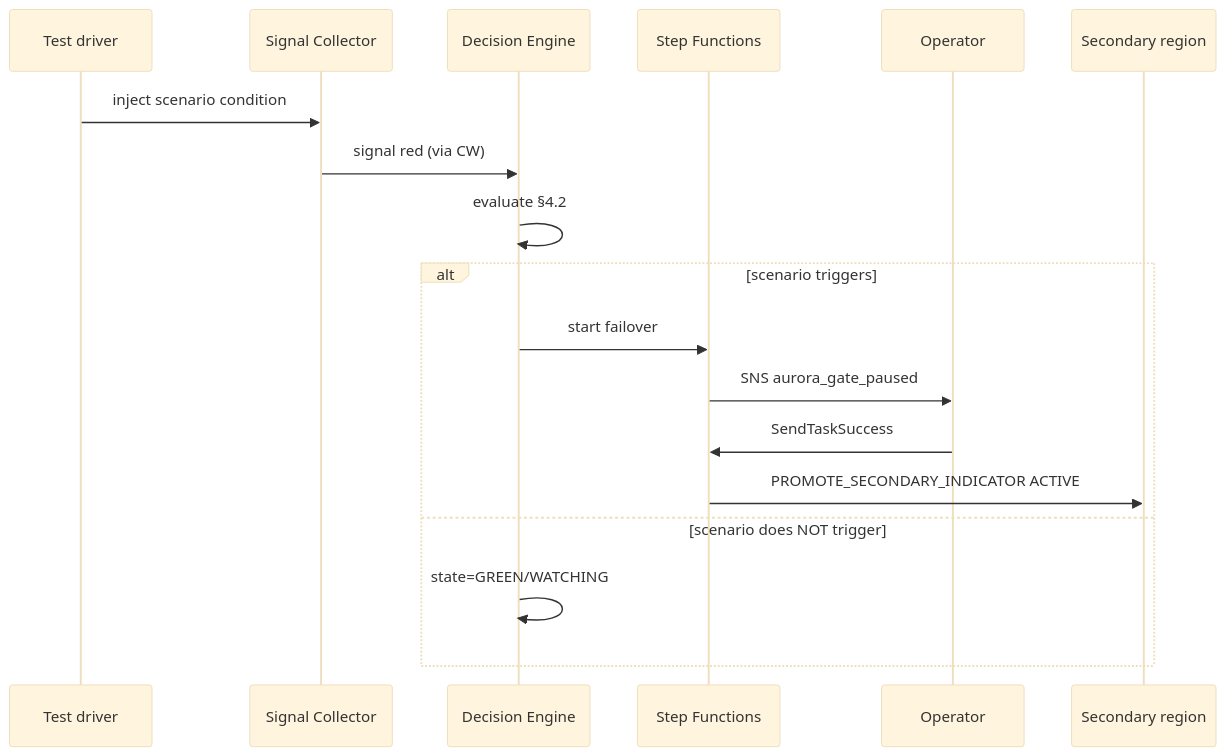
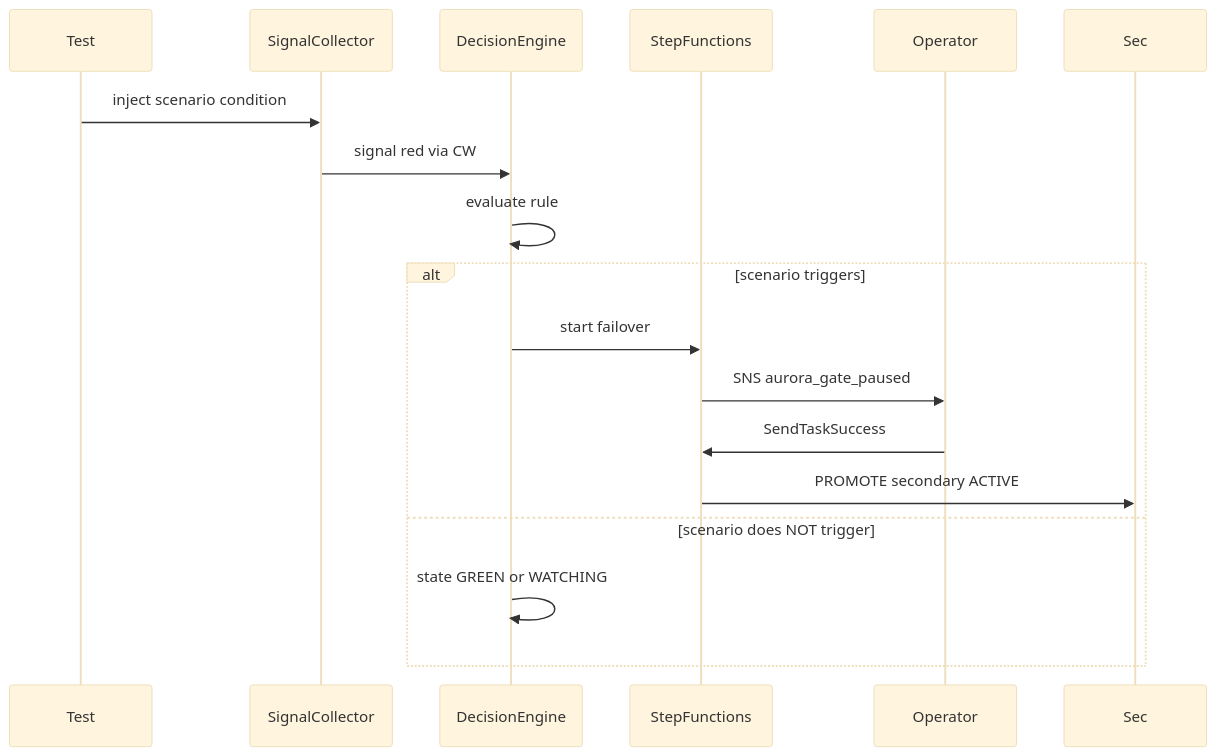
Before and after one commit to ramirezh84/failoverv2: the diagram in docs/scenarios/scenario-01-deployment-503-blip.md, drawn with Mermaid (base theme). The commit also changed 17 other files, not shown here.

Commit message:
fix(docs): mermaid syntax — strip parens from subgraph labels; replace >= with &ge; entity; simplify scenario diagrams

````diff
--- a/docs/scenarios/scenario-01-deployment-503-blip.md
+++ b/docs/scenarios/scenario-01-deployment-503-blip.md
@@ -52,21 +52,21 @@
 ```mermaid
 sequenceDiagram
-  participant Test as Test driver
-  participant SC as Signal Collector
-  participant DE as Decision Engine
-  participant SF as Step Functions
+  participant Test
+  participant SC as SignalCollector
+  participant DE as DecisionEngine
+  participant SF as StepFunctions
   participant Operator
-  participant Sec as Secondary region
+  participant Sec
 
   Test->>SC: inject scenario condition
-  SC->>DE: signal red (via CW)
-  DE->>DE: evaluate §4.2
+  SC->>DE: signal red via CW
+  DE->>DE: evaluate rule
   alt scenario triggers
     DE->>SF: start failover
     SF->>Operator: SNS aurora_gate_paused
     Operator->>SF: SendTaskSuccess
-    SF->>Sec: PROMOTE_SECONDARY_INDICATOR ACTIVE
+    SF->>Sec: PROMOTE secondary ACTIVE
   else scenario does NOT trigger
-    DE->>DE: state=GREEN/WATCHING
+    DE->>DE: state GREEN or WATCHING
   end
 ```
````
